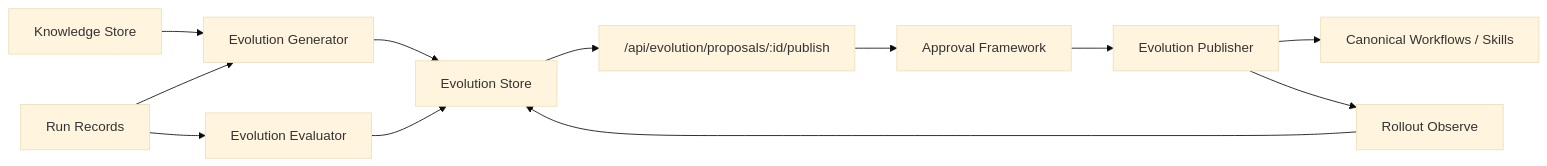
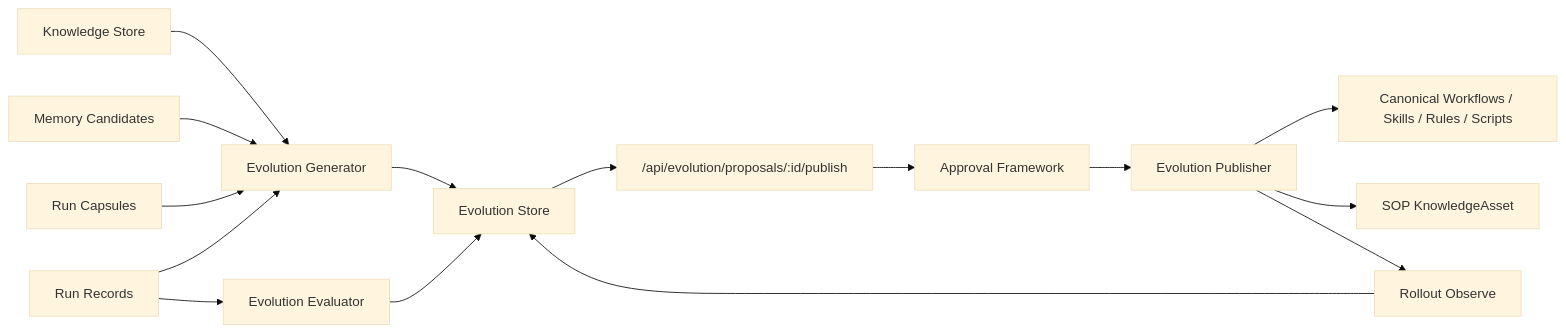
Before and after one commit to pikapikaspeedup/OPC_CEO: diagram 19 of 23 in ARCHITECTURE.md, drawn with Mermaid (base theme). The commit also changed other lines of this file and 107 other files, not shown here.

````diff
--- a/ARCHITECTURE.md
+++ b/ARCHITECTURE.md
@@ -1741,14 +1744,17 @@
 ```mermaid
 graph LR
     Knowledge["Knowledge Store"] --> Generator["Evolution Generator"]
+    Candidates["Memory Candidates"] --> Generator
+    Capsules["Run Capsules"] --> Generator
     Runs["Run Records"] --> Generator
     Runs --> Evaluator["Evolution Evaluator"]
     Generator --> Store["Evolution Store"]
     Evaluator --> Store
     Store --> PublishRoute["/api/evolution/proposals/:id/publish"]
     PublishRoute --> Approval["Approval Framework"]
     Approval --> Publisher["Evolution Publisher"]
-    Publisher --> Assets["Canonical Workflows / Skills"]
+    Publisher --> Assets["Canonical Workflows / Skills / Rules / Scripts"]
+    Publisher --> SopKnowledge["SOP KnowledgeAsset"]
     Publisher --> Observe["Rollout Observe"]
     Observe --> Store
 ```
````
